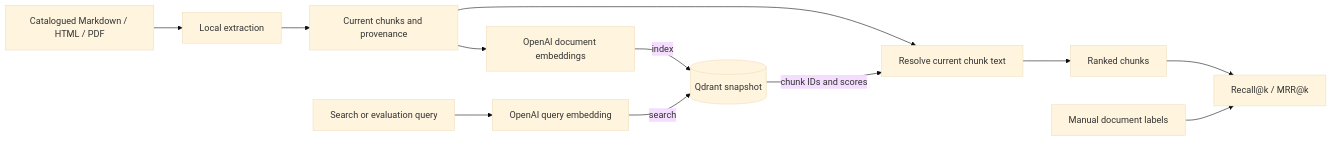
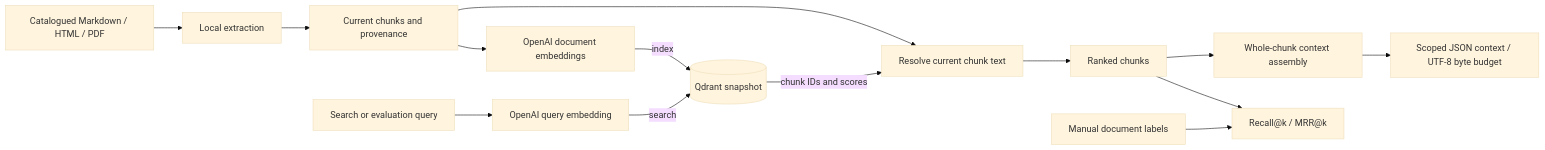
One commit to woody-ai-dev/ai-incident-investigator changed the diagram in README.md. Above: the diagram before and after it, drawn with Mermaid (base theme). The commit also changed other lines of this file and 5 other files, not shown here.

Commit message:
feat: assemble bounded knowledge context from retrieval results (#34)

````diff
--- a/README.md
+++ b/README.md
@@ -156,14 +157,16 @@
 ```mermaid
 flowchart LR
     sources["Catalogued Markdown / HTML / PDF"] --> extract["Local extraction"]
     extract --> chunks["Current chunks and provenance"]
     chunks --> embed["OpenAI document embeddings"]
     embed -->|index| qdrant[(Qdrant snapshot)]
     query["Search or evaluation query"] --> query_embed["OpenAI query embedding"]
     query_embed -->|search| qdrant
     qdrant -->|chunk IDs and scores| resolve["Resolve current chunk text"]
     chunks --> resolve
     resolve --> results["Ranked chunks"]
     results --> metrics["Recall@k / MRR@k"]
+    results --> assemble["Whole-chunk context assembly"]
+    assemble --> context["Scoped JSON context / UTF-8 byte budget"]
     labels["Manual document labels"] --> metrics
 ```
````
